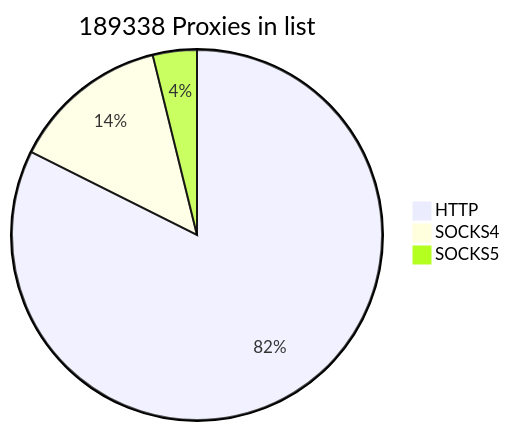
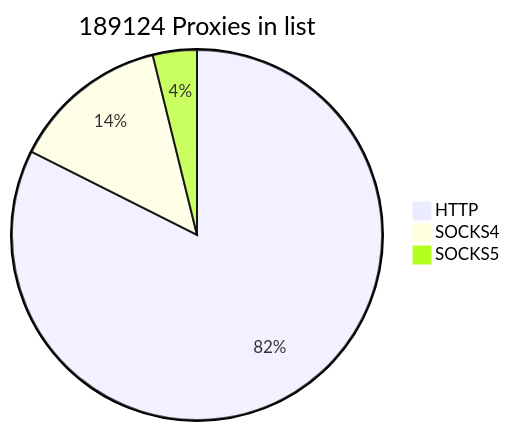
Before and after one commit to cutipu/proxylist: the first of 2 diagrams in README.md, drawn with Mermaid. The commit also changed other lines of this file, not shown here.

````diff
--- a/README.md
+++ b/README.md
@@ -2,7 +2,7 @@
 ```mermaid
-pie title 189338 Proxies in list
-    "HTTP" : 155992
-    "SOCKS4" : 26071
-    "SOCKS5" : 7275
+pie title 189124 Proxies in list
+    "HTTP" : 155867
+    "SOCKS4" : 25989
+    "SOCKS5" : 7268
             
 ```
````
